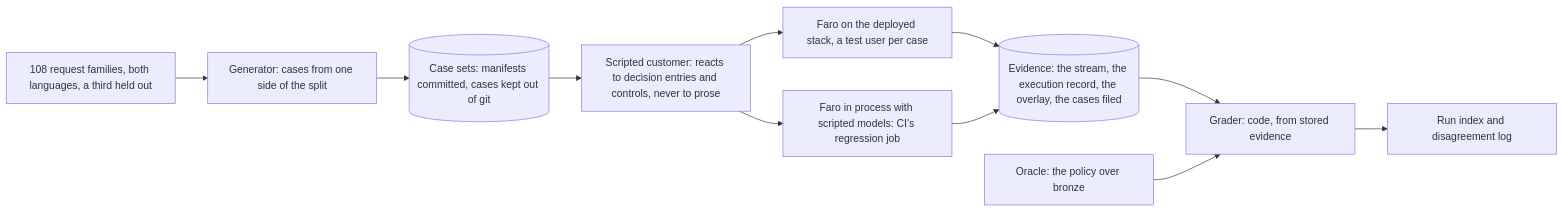
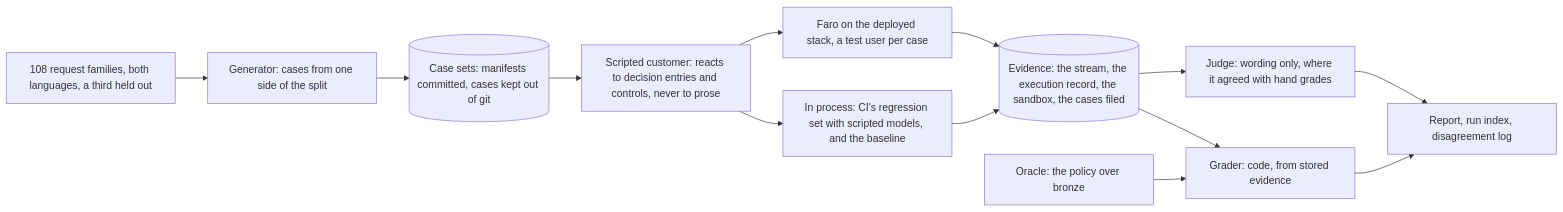
One commit to gafnts/factored-hackathon-2026-gafnts changed the fifth of 5 diagrams in docs/architecture.md. Above: the diagram before and after it, drawn with Mermaid. The commit also changed other lines of this file, not shown here.

Commit message:
Describe the evaluation as run on the architecture page

````diff
--- a/docs/architecture.md
+++ b/docs/architecture.md
@@ -193,18 +193,20 @@
 ```mermaid
 flowchart LR
   FAM["108 request families, both languages, a third held out"]
   GEN["Generator: cases from one side of the split"]
   CASES[("Case sets: manifests committed, cases kept out of git")]
   CUST["Scripted customer: reacts to decision entries and controls, never to prose"]
   SYS["Faro on the deployed stack, a test user per case"]
-  PROC["Faro in process with scripted models: CI's regression job"]
-  REC[("Evidence: the stream, the execution record, the overlay, the cases filed")]
+  PROC["In process: CI's regression set with scripted models, and the baseline"]
+  REC[("Evidence: the stream, the execution record, the sandbox, the cases filed")]
   ORC["Oracle: the policy over bronze"]
   GRADE["Grader: code, from stored evidence"]
-  OUT["Run index and disagreement log"]
+  JUDGE["Judge: wording only, where it agreed with hand grades"]
+  OUT["Report, run index, disagreement log"]
   FAM --> GEN --> CASES --> CUST
   CUST --> SYS --> REC
   CUST --> PROC --> REC
   REC --> GRADE
+  REC --> JUDGE --> OUT
   ORC --> GRADE --> OUT
 ```
````
